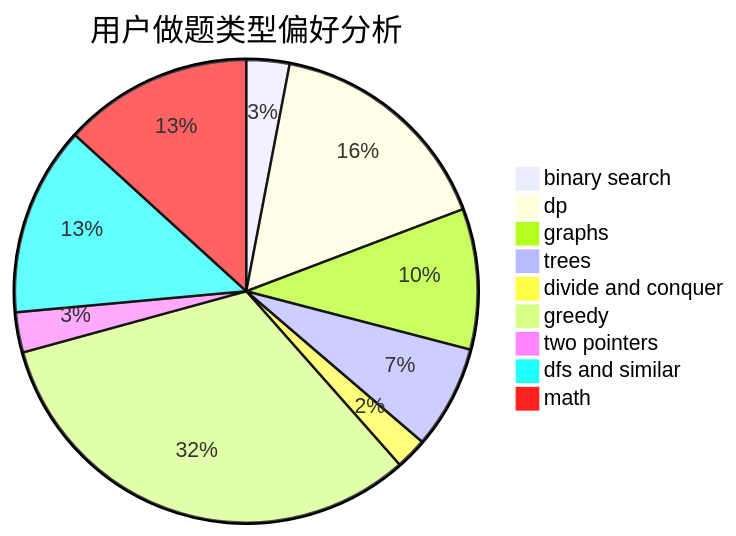
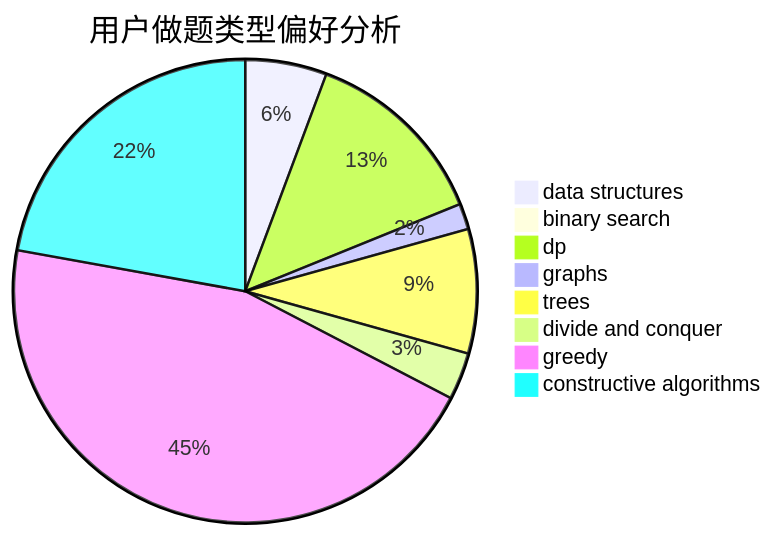
One commit to sherpahu/cfrs.github.io changed the second of 3 diagrams in docs/user/u2133.md. Above: the diagram before and after it, drawn with Mermaid. The commit also changed other lines of this file and 2775 other files, not shown here.

````diff
--- a/docs/user/u2133.md
+++ b/docs/user/u2133.md
@@ -23,12 +23,11 @@
 ```mermaid
 pie title 用户做题类型偏好分析
-    "binary search" :  15
-    "dp" :  81
-    "graphs" :  49
-    "trees" :  36
+    "data structures" :  19
+    "binary search" :  0
+    "dp" :  44
+    "graphs" :  6
+    "trees" :  29
     "divide and conquer" :  11
-    "greedy" :  161
-    "two pointers" :  14
-    "dfs and similar" :  66
-    "math" :  66
+    "greedy" :  151
+    "constructive algorithms" :  74
 ```
````
